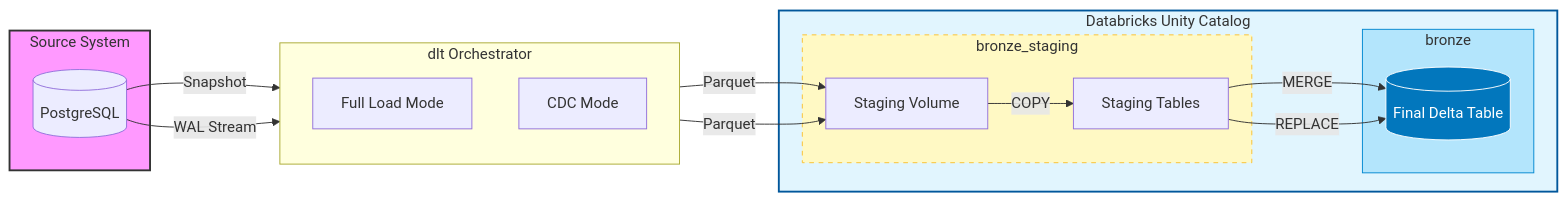
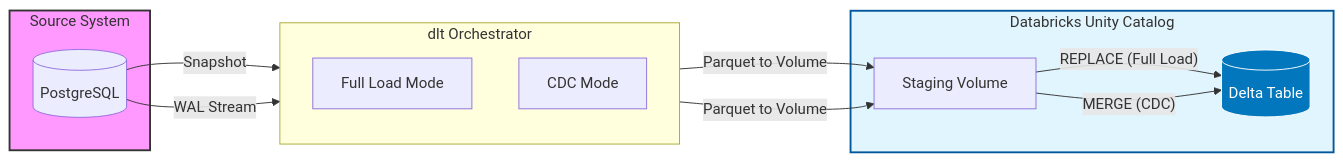
One commit to victor-antoniassi/postgres-to-databricks-cdc changed the diagram in README.md. Above: the diagram before and after it, drawn with Mermaid. The commit also changed other lines of this file, not shown here.

Commit message:
docs: Refine architecture diagram and text for dlt staging patterns

````diff
--- a/README.md
+++ b/README.md
@@ -28,41 +28,32 @@
 ```mermaid
 flowchart LR
     subgraph Source [Source System]
         PG[(PostgreSQL)]
     end
 
     subgraph Pipeline [dlt Orchestrator]
         direction TB
         FullLoad[Full Load Mode]
         CDC[CDC Mode]
     end
     
     subgraph Target [Databricks Unity Catalog]
-        subgraph StagingSchema [bronze_staging]
-            VolStaging[Staging Volume]
-            TabStaging[Staging Tables]
-        end
-        
-        subgraph FinalSchema [bronze]
-            Delta[(Final Delta Table)]
-        end
+        Volume[Staging Volume]
+        Delta[(Delta Table)]
     end
 
     %% Data Flow
     PG -->|Snapshot| FullLoad
     PG -->|WAL Stream| CDC
     
-    FullLoad -->|Parquet| VolStaging
-    CDC -->|Parquet| VolStaging
+    FullLoad -->|Parquet to Volume| Volume
+    CDC -->|Parquet to Volume| Volume
     
-    VolStaging -->|COPY| TabStaging
-    TabStaging -->|MERGE| Delta
-    TabStaging -->|REPLACE| Delta
+    Volume -- REPLACE (Full Load) --> Delta
+    Volume -- MERGE (CDC) --> Delta
     
     %% Styling
     style Source fill:#f9f,stroke:#333,stroke-width:2px
     style Target fill:#e1f5fe,stroke:#01579b,stroke-width:2px
     style Delta fill:#0277bd,stroke:#fff,color:#fff
-    style StagingSchema fill:#fff9c4,stroke:#fbc02d,stroke-dasharray: 5 5
-    style FinalSchema fill:#b3e5fc,stroke:#0288d1
 ```
````
